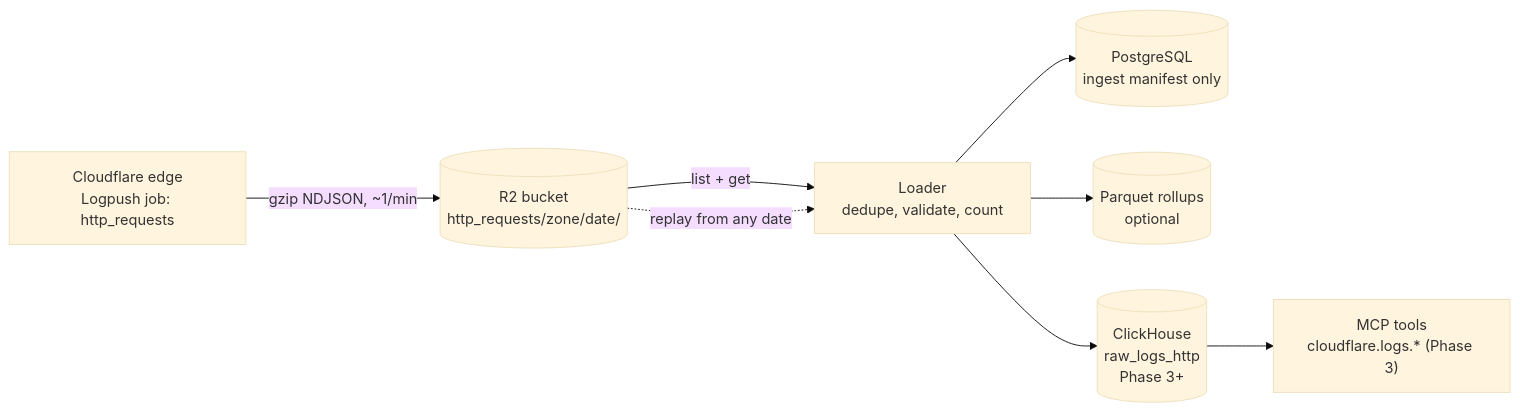
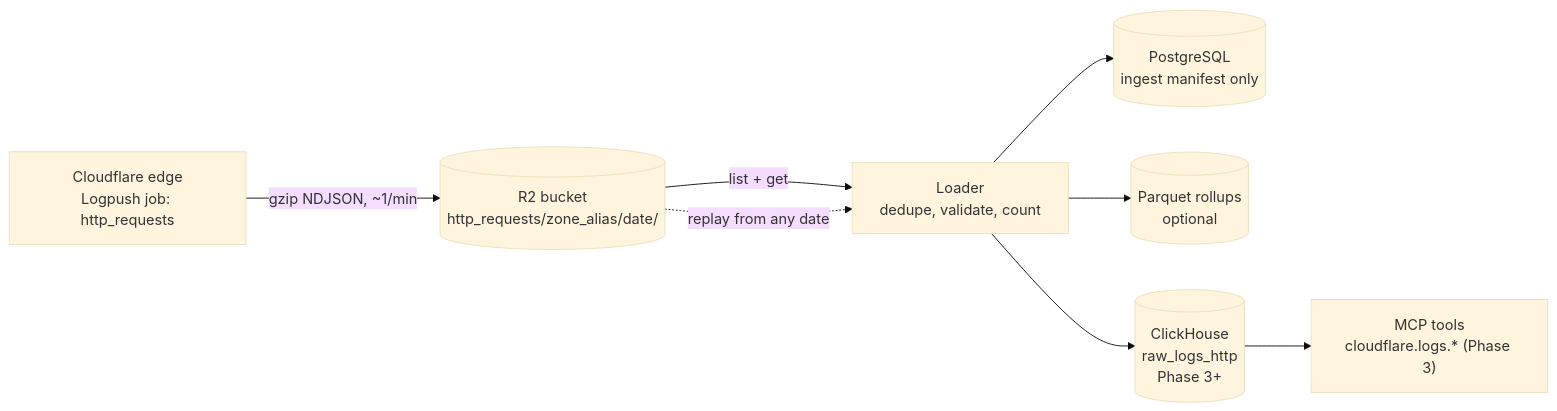
The diagram in docs/integrations/cloudflare.md (shuaiZend/mage2mcp), drawn with Mermaid (base theme) before and after one commit. The commit also changed other lines of this file and 25 other files, not shown here.

````diff
--- a/docs/integrations/cloudflare.md
+++ b/docs/integrations/cloudflare.md
@@ -389,10 +463,10 @@
 ```mermaid
 flowchart LR
-  CF["Cloudflare edge<br/>Logpush job: http_requests"] -->|"gzip NDJSON, ~1/min"| R2[("R2 bucket<br/>http_requests/zone/date/")]
+  CF["Cloudflare edge<br/>Logpush job: http_requests"] -->|"gzip NDJSON, ~1/min"| R2[("R2 bucket<br/>http_requests/zone_alias/date/")]
   R2 -->|"list + get"| L["Loader<br/>dedupe, validate, count"]
   L --> MAN[("PostgreSQL<br/>ingest manifest only")]
   L --> PQ[("Parquet rollups<br/>optional")]
   L --> CH[("ClickHouse<br/>raw_logs_http<br/>Phase 3+")]
   CH --> T["MCP tools<br/>cloudflare.logs.* (Phase 3)"]
   R2 -.->|"replay from any date"| L
 ```
````
